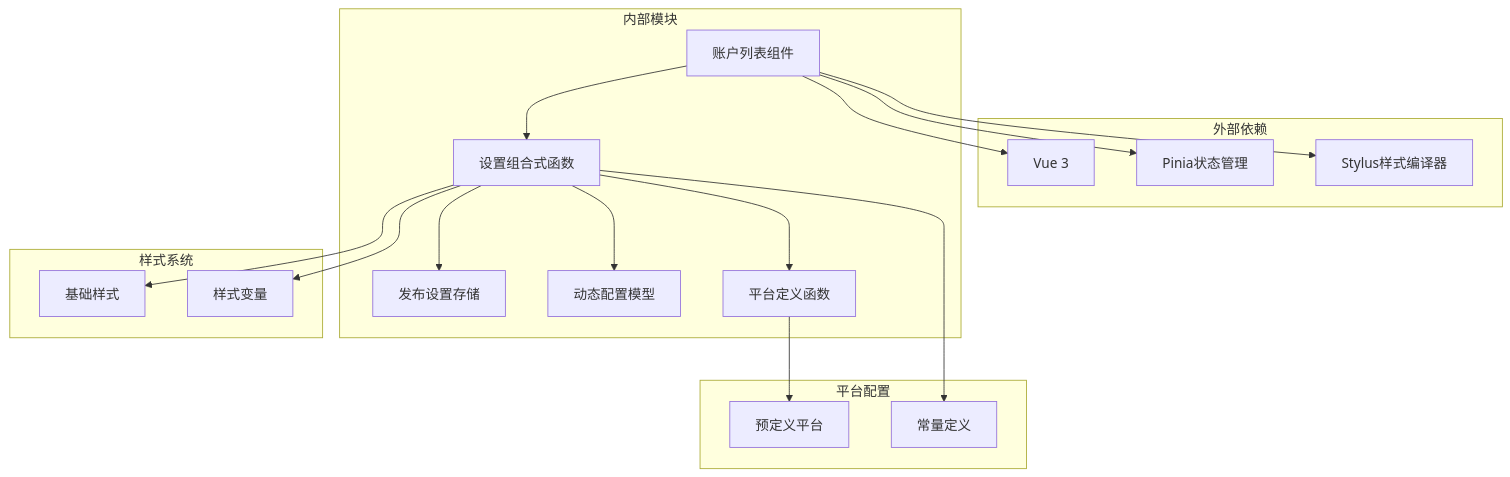
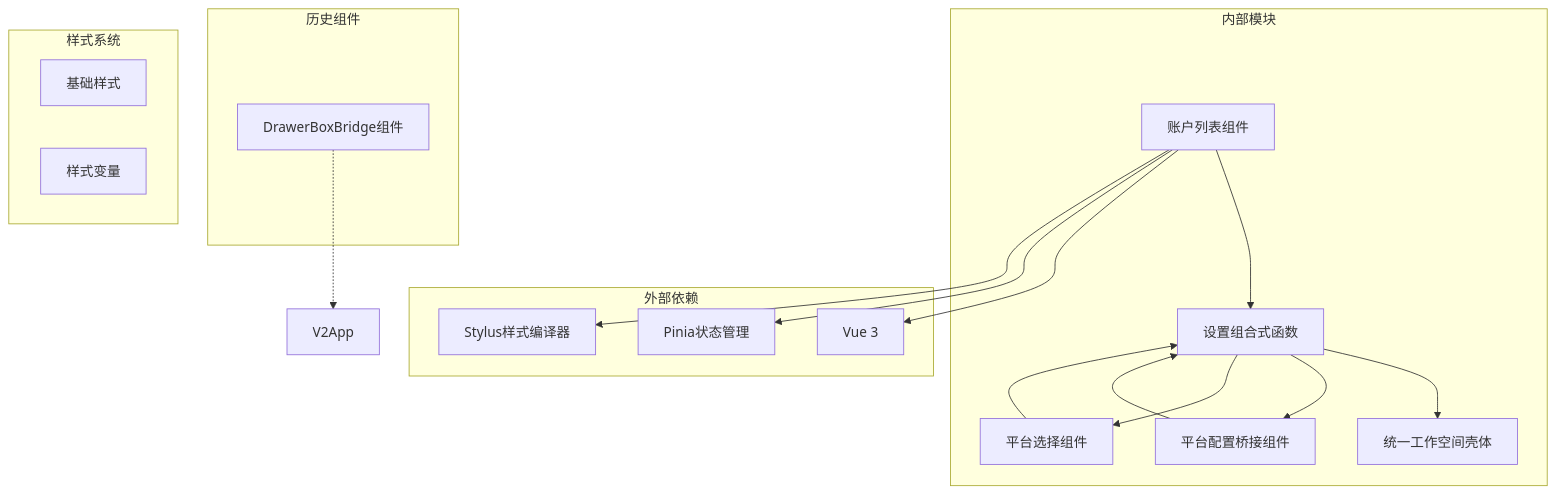
Before and after one commit to terwer/siyuan-plugin-publisher: the eighth of 9 diagrams in .qoder/repowiki/zh/content/V2 Account List Component.md, drawn with Mermaid. The commit also changed other lines of this file and 27 other files, not shown here.

First line of the commit message:
feat(commonblog): add common blog setting component for platform config

````diff
--- a/.qoder/repowiki/zh/content/V2 Account List Component.md
+++ b/.qoder/repowiki/zh/content/V2 Account List Component.md
@@ -369,34 +362,32 @@
 ```mermaid
 graph TB
 subgraph "外部依赖"
 Vue[Vue 3]
 Pinia[Pinia状态管理]
 Stylus[Stylus样式编译器]
 end
 subgraph "内部模块"
 V2AccountList[账户列表组件]
 useV2Settings[设置组合式函数]
-usePublishSettingStore[发布设置存储]
-dynamicConfig[动态配置模型]
-usePlatformDefine[平台定义函数]
+V2PlatformConfigBridge[平台配置桥接组件]
+V2PlatformSelect[平台选择组件]
+UnifiedWorkspaceShell[统一工作空间壳体]
 end
-subgraph "平台配置"
-pre[预定义平台]
-constants[常量定义]
+subgraph "历史组件"
+DrawerBoxBridge[DrawerBoxBridge组件]
 end
 subgraph "样式系统"
 baseStyl[基础样式]
 variablesStyl[样式变量]
 end
 V2AccountList --> useV2Settings
-useV2Settings --> usePublishSettingStore
-useV2Settings --> dynamicConfig
-useV2Settings --> usePlatformDefine
-usePlatformDefine --> pre
-useV2Settings --> constants
-useV2Settings --> baseStyl
-useV2Settings --> variablesStyl
+useV2Settings --> UnifiedWorkspaceShell
+useV2Settings --> V2PlatformConfigBridge
+useV2Settings --> V2PlatformSelect
+V2PlatformConfigBridge --> useV2Settings
+V2PlatformSelect --> useV2Settings
 V2AccountList --> Vue
 V2AccountList --> Pinia
 V2AccountList --> Stylus
+DrawerBoxBridge -.-> V2App
 ```
````
